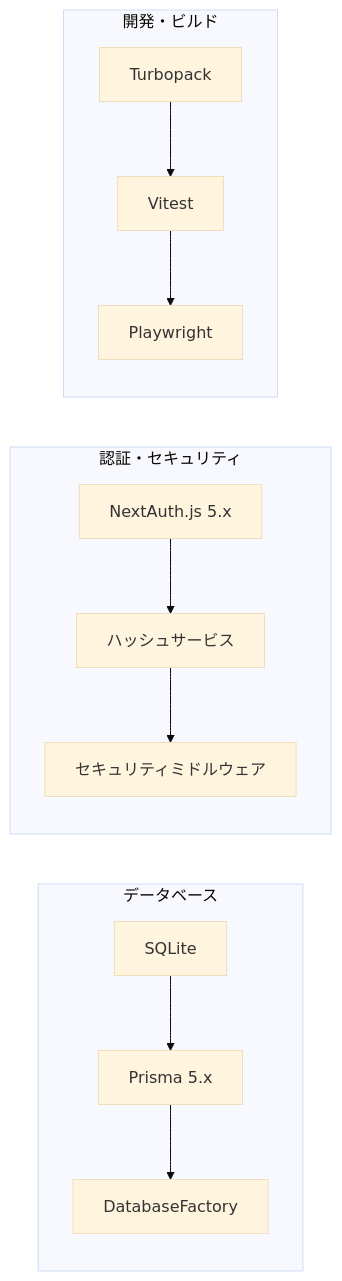
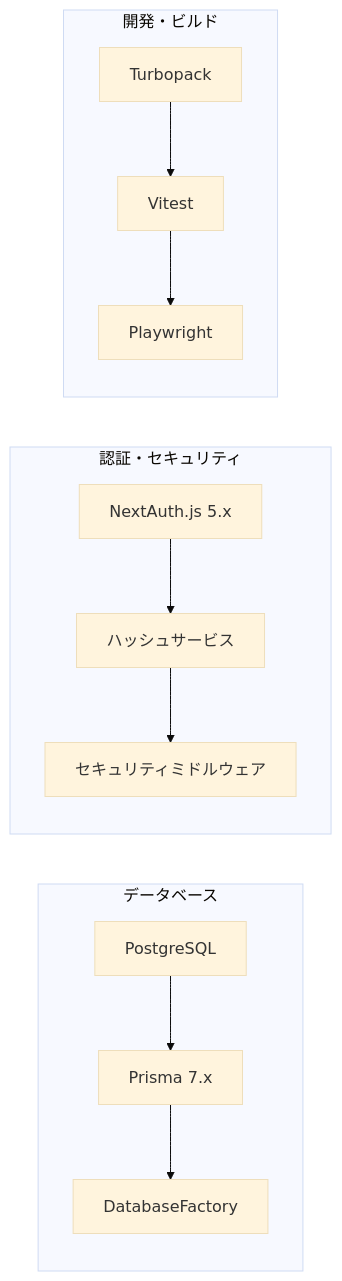
Before and after one commit to derushio/d-next-ddd-example: the ninth of 18 diagrams in _DOCS/architecture/overview.md, drawn with Mermaid (base theme). The commit also changed other lines of this file and 102 other files, not shown here.

````diff
--- a/_DOCS/architecture/overview.md
+++ b/_DOCS/architecture/overview.md
@@ -363,27 +362,27 @@
 ```mermaid
 graph LR
     subgraph "データベース"
-        SQLITE[SQLite]
-        PRISMA[Prisma 5.x]
+        POSTGRES[PostgreSQL]
+        PRISMA[Prisma 7.x]
         FACTORY[DatabaseFactory]
     end
 
     subgraph "認証・セキュリティ"
         NEXTAUTH[NextAuth.js 5.x]
         HASH[ハッシュサービス]
         SEC[セキュリティミドルウェア]
     end
 
     subgraph "開発・ビルド"
         TURBO[Turbopack]
         VITEST[Vitest]
         PLAYWRIGHT[Playwright]
     end
 
-    SQLITE --> PRISMA
+    POSTGRES --> PRISMA
     PRISMA --> FACTORY
     NEXTAUTH --> HASH
     HASH --> SEC
     TURBO --> VITEST
     VITEST --> PLAYWRIGHT
 ```
````
